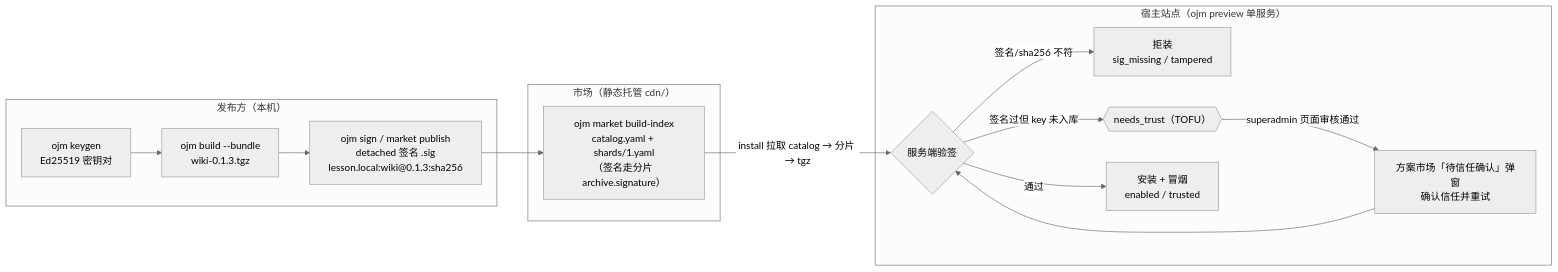
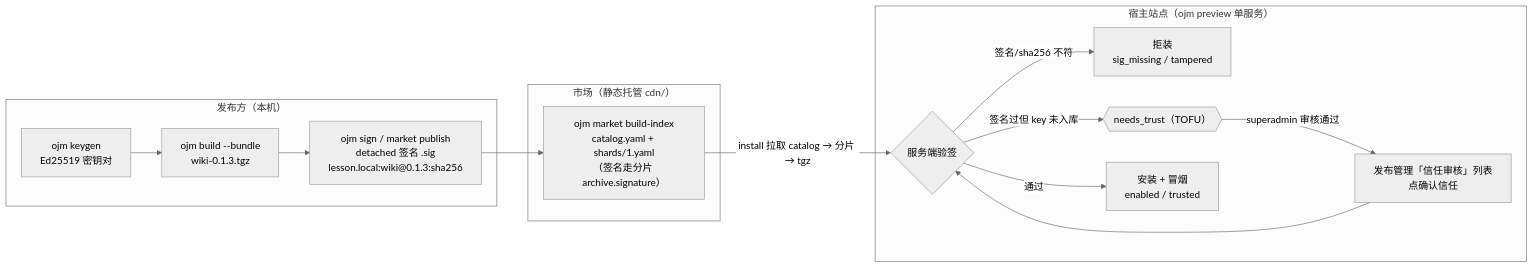
One commit to everpan/oj-module changed the diagram in docs/guides/20261026-1740-lesson-init-to-market-install.md. Above: the diagram before and after it, drawn with Mermaid (neutral theme). The commit also changed other lines of this file and 28 other files, not shown here.

````diff
--- a/docs/guides/20261026-1740-lesson-init-to-market-install.md
+++ b/docs/guides/20261026-1740-lesson-init-to-market-install.md
@@ -152,18 +152,18 @@
 ```mermaid
 flowchart LR
     subgraph PUB["发布方（本机）"]
         K["ojm keygen<br/>Ed25519 密钥对"] --> S["ojm build --bundle<br/>wiki-0.1.3.tgz"]
         S --> G["ojm sign / market publish<br/>detached 签名 .sig<br/>lesson.local:wiki@0.1.3:sha256"]
     end
     subgraph CDN["市场（静态托管 cdn/）"]
         G --> I["ojm market build-index<br/>catalog.yaml + shards/1.yaml<br/>（签名走分片 archive.signature）"]
     end
     subgraph SITE["宿主站点（ojm preview 单服务）"]
         I -->|"install 拉取 catalog → 分片 → tgz"| V{"服务端验签"}
         V -->|"签名/sha256 不符"| REJ["拒装<br/>sig_missing / tampered"]
         V -->|"签名过但 key 未入库"| TOFU{{"needs_trust（TOFU）"}}
-        TOFU -->|"superadmin 页面审核通过"| TC["方案市场「待信任确认」弹窗<br/>确认信任并重试"]
+        TOFU -->|"superadmin 审核通过"| TC["发布管理「信任审核」列表<br/>点确认信任"]
         TC --> V
         V -->|"通过"| OK["安装 + 冒烟<br/>enabled / trusted"]
     end
 ```
````
